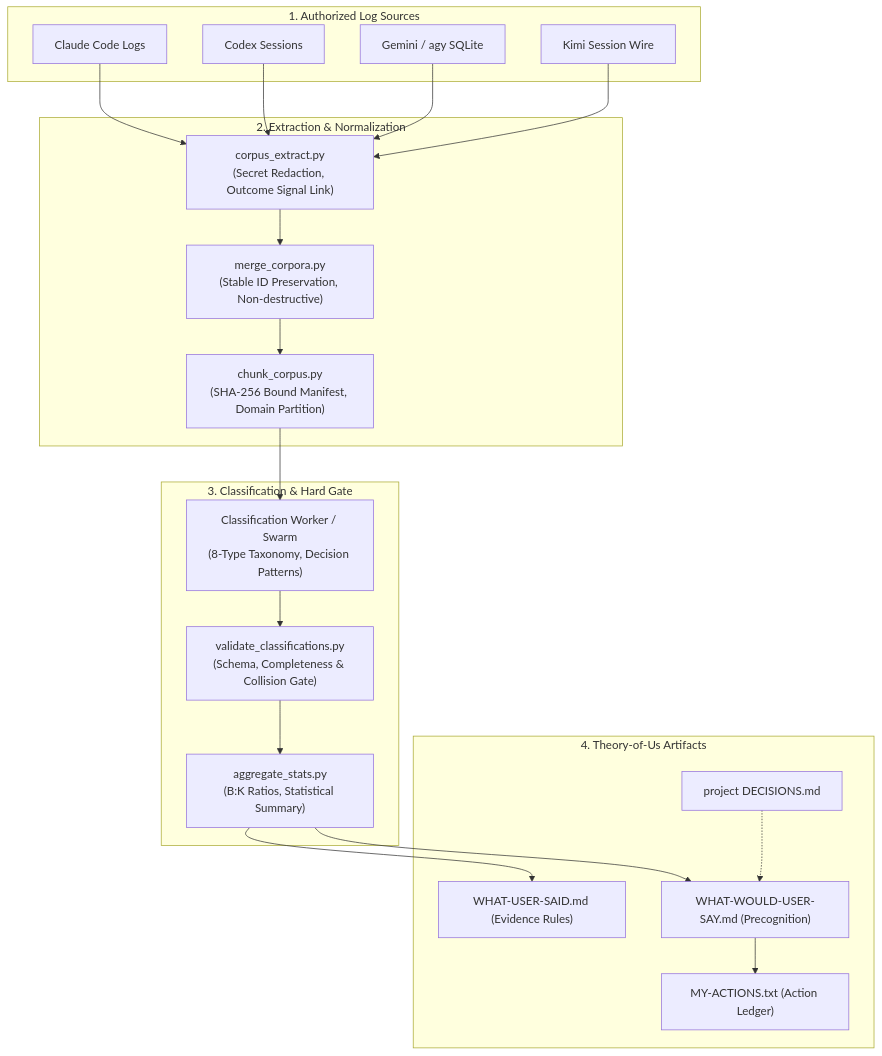
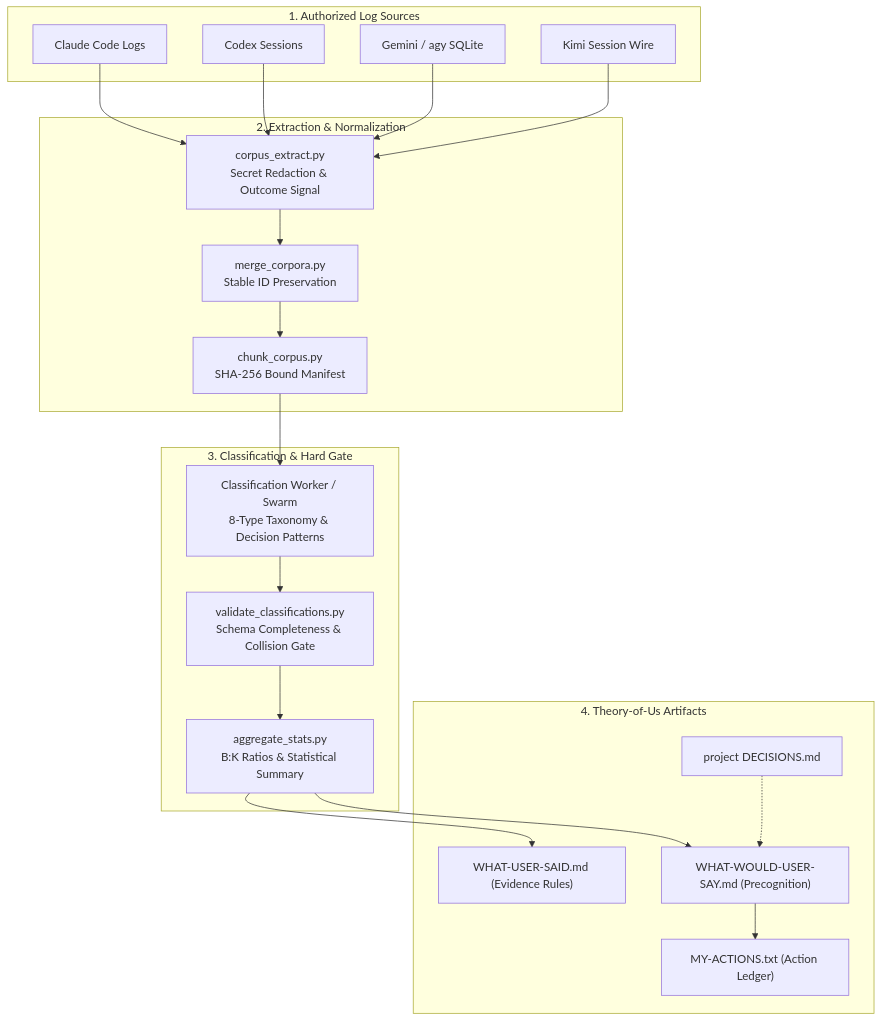
Before and after one commit to ellmos-ai/build-your-users-mind: the first of 2 diagrams in README.md, drawn with Mermaid. The commit also changed other lines of this file and 10 other files, not shown here.

````diff
--- a/README.md
+++ b/README.md
@@ -44,42 +168,42 @@
 ```mermaid
 flowchart TD
     subgraph Sources["1. Authorized Log Sources"]
         CL["Claude Code Logs"]
         CX["Codex Sessions"]
         GM["Gemini / agy SQLite"]
         KM["Kimi Session Wire"]
     end
 
     subgraph Ingestion["2. Extraction & Normalization"]
-        EXT["corpus_extract.py<br/>(Secret Redaction, Outcome Signal Link)"]
-        MRG["merge_corpora.py<br/>(Stable ID Preservation, Non-destructive)"]
-        CHK["chunk_corpus.py<br/>(SHA-256 Bound Manifest, Domain Partition)"]
+        EXT["corpus_extract.py<br/>Secret Redaction & Outcome Signal"]
+        MRG["merge_corpora.py<br/>Stable ID Preservation"]
+        CHK["chunk_corpus.py<br/>SHA-256 Bound Manifest"]
     end
 
     subgraph Processing["3. Classification & Hard Gate"]
-        CLS["Classification Worker / Swarm<br/>(8-Type Taxonomy, Decision Patterns)"]
-        VAL["validate_classifications.py<br/>(Schema, Completeness & Collision Gate)"]
-        AGG["aggregate_stats.py<br/>(B:K Ratios, Statistical Summary)"]
+        CLS["Classification Worker / Swarm<br/>8-Type Taxonomy & Decision Patterns"]
+        VAL["validate_classifications.py<br/>Schema Completeness & Collision Gate"]
+        AGG["aggregate_stats.py<br/>B:K Ratios & Statistical Summary"]
     end
 
     subgraph Output["4. Theory-of-Us Artifacts"]
         DEC["project DECISIONS.md"]
         WUS["WHAT-USER-SAID.md (Evidence Rules)"]
         WWUS["WHAT-WOULD-USER-SAY.md (Precognition)"]
         ACT["MY-ACTIONS.txt (Action Ledger)"]
     end
 
     CL --> EXT
     CX --> EXT
     GM --> EXT
     KM --> EXT
     EXT --> MRG
     MRG --> CHK
     CHK --> CLS
     CLS --> VAL
     VAL --> AGG
     AGG --> WUS
     AGG --> WWUS
     DEC -.-> WWUS
     WWUS --> ACT
 ```
````
